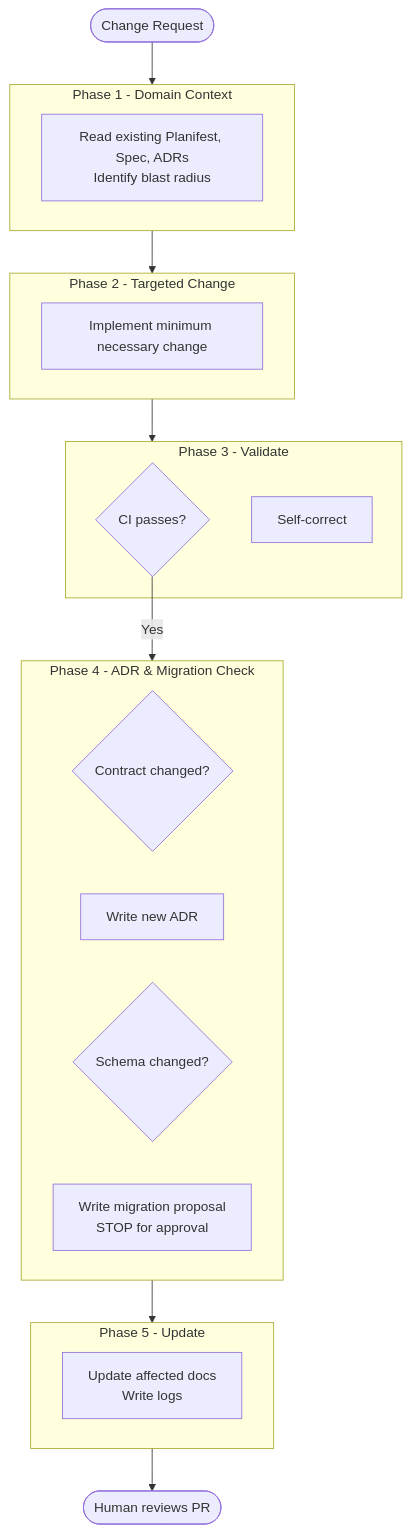
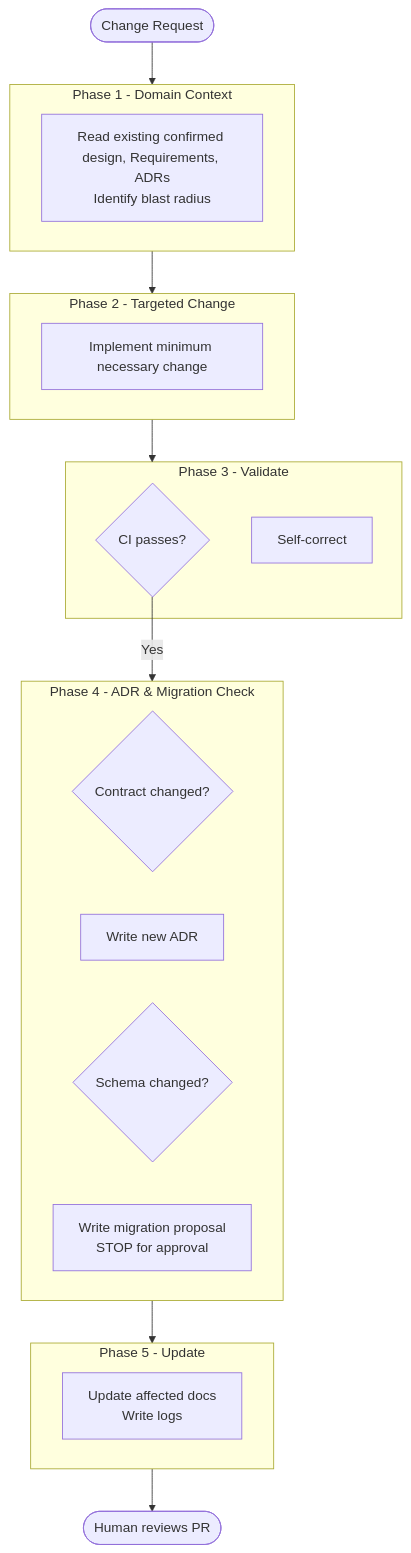
Before and after one commit to planifest/planifest-website: the second of 2 diagrams in planifest-docs/p015-planifest-pipeline.md, drawn with Mermaid. The commit also changed other lines of this file and 8 other files, not shown here.

````diff
--- a/planifest-docs/p015-planifest-pipeline.md
+++ b/planifest-docs/p015-planifest-pipeline.md
@@ -177,34 +180,34 @@
 ```mermaid
 flowchart TD
     CHANGE([Change Request]) --> PHASE1
 
     subgraph PHASE1["Phase 1 - Domain Context"]
-        READ["Read existing Planifest, Spec, ADRs\nIdentify blast radius"]
+        READ["Read existing confirmed design, Requirements, ADRs\nIdentify blast radius"]
     end
 
     subgraph PHASE2["Phase 2 - Targeted Change"]
         IMPL["Implement minimum necessary change"]
     end
 
     subgraph PHASE3["Phase 3 - Validate"]
         CHECK{"CI passes?"}
         FIX["Self-correct"]
     end
 
     subgraph PHASE4["Phase 4 - ADR & Migration Check"]
         CONTRACT{"Contract changed?"}
         ADR["Write new ADR"]
         SCHEMA{"Schema changed?"}
         MIG["Write migration proposal\nSTOP for approval"]
     end
 
     subgraph PHASE5["Phase 5 - Update"]
         DOCS["Update affected docs\nWrite logs"]
     end
 
     REVIEW([Human reviews PR])
 
     PHASE1 --> PHASE2 --> PHASE3
     CHECK -->|Yes| PHASE4
     PHASE4 --> PHASE5 --> REVIEW
 ```
````
